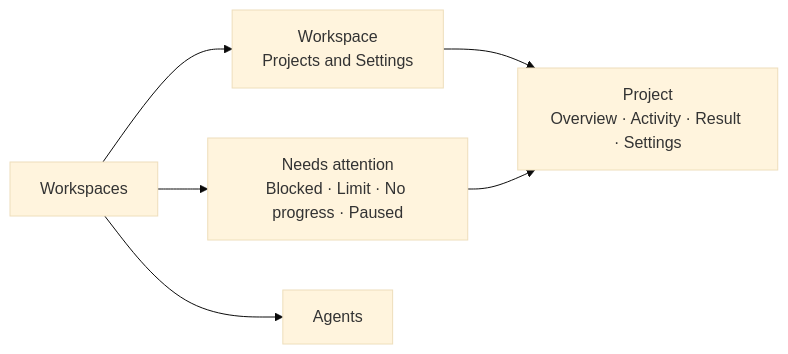
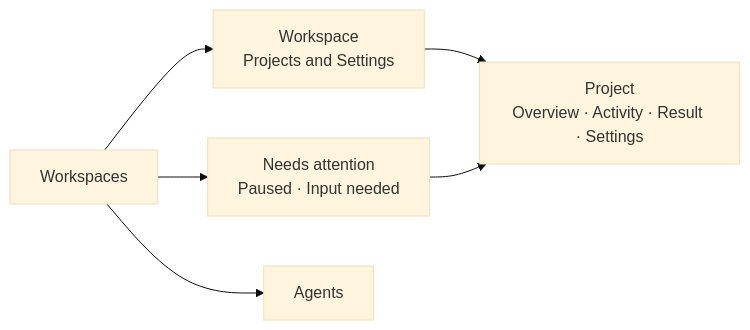
The fifth of 6 diagrams in docs/superpowers/specs/2026-07-17-workspace-module-design.md (dryotta/open-knowledge-hub), drawn with Mermaid (base theme) before and after one commit. The commit also changed other lines of this file, not shown here.

````diff
--- a/docs/superpowers/specs/2026-07-17-workspace-module-design.md
+++ b/docs/superpowers/specs/2026-07-17-workspace-module-design.md
@@ -570,14 +571,14 @@
 ```mermaid
 flowchart LR
     WS[Workspaces]
     WP[Workspace<br/>Projects and Settings]
     PD[Project<br/>Overview · Activity · Result · Settings]
-    AT[Needs attention<br/>Blocked · Limit · No progress · Paused]
+    AT[Needs attention<br/>Paused · Input needed]
     AG[Agents]
 
     WS --> WP
     WP --> PD
     WS --> AT
     WS --> AG
     AT --> PD
 ```
````
